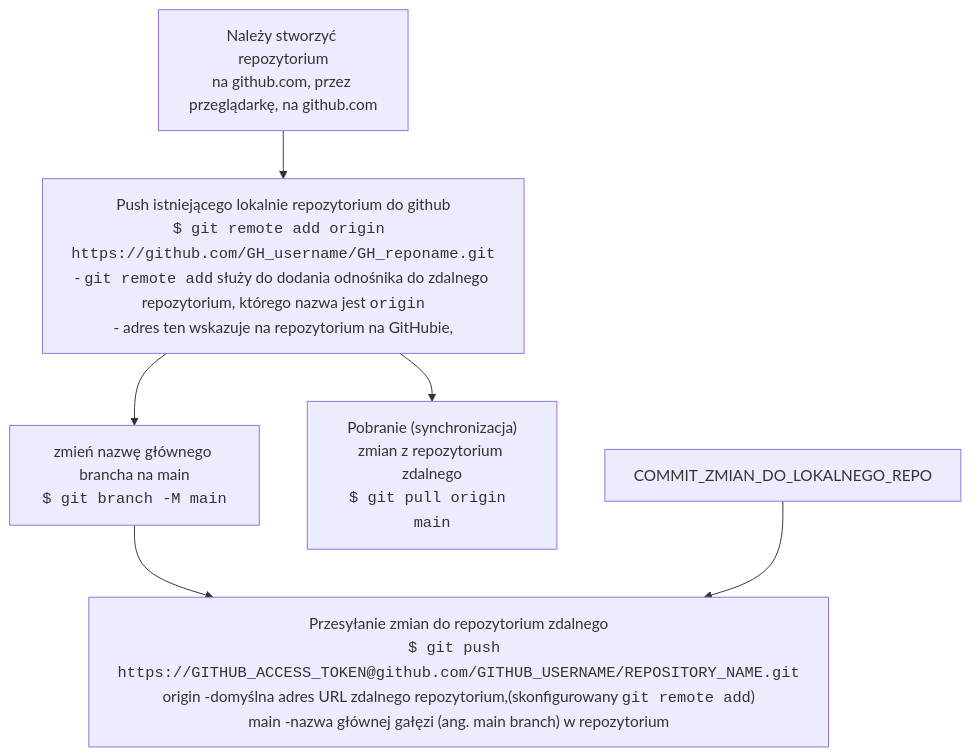
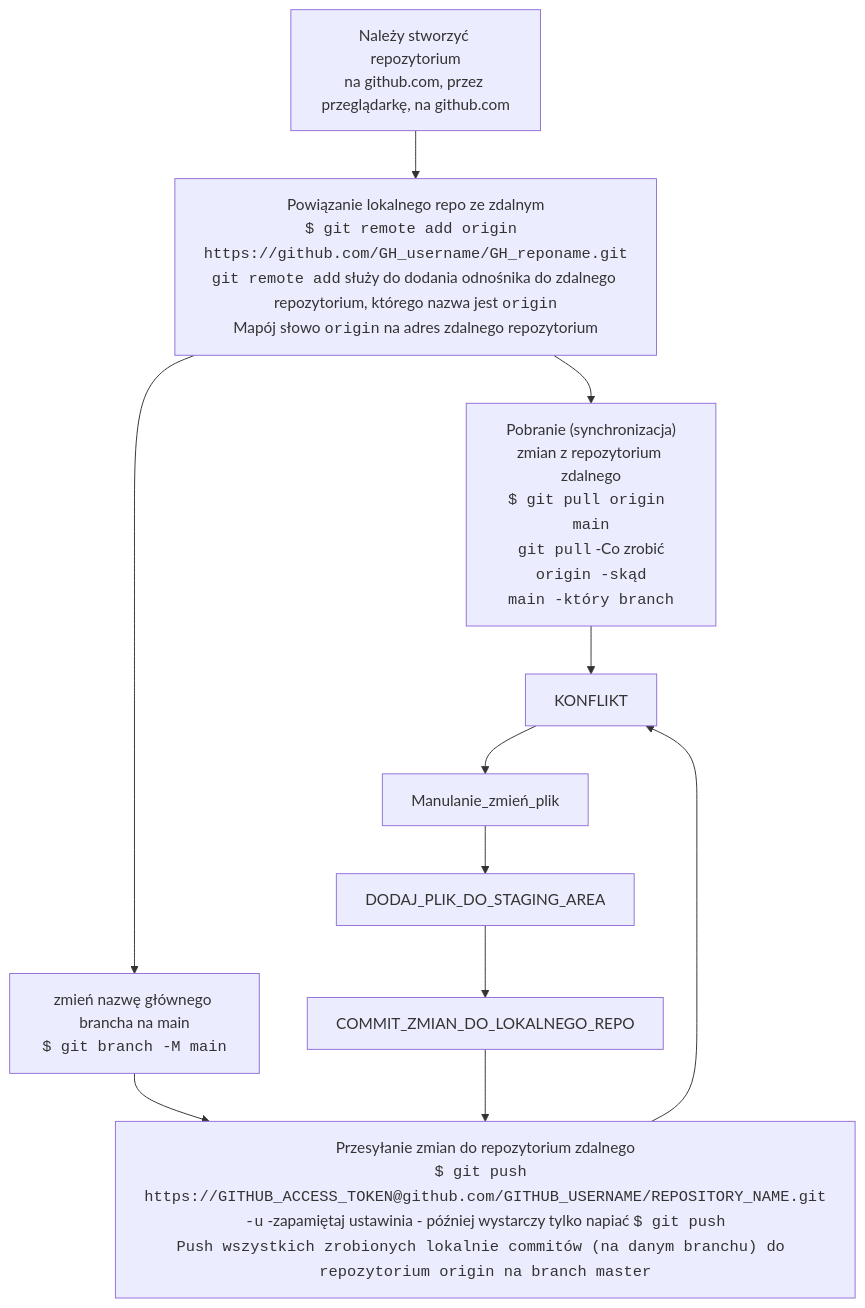
Before and after one commit to dankuc237/notatki: the second of 3 diagrams in git-graph.md, drawn with Mermaid. The commit also changed other lines of this file, not shown here.

Commit message:
kolejny commit

````diff
--- a/git-graph.md
+++ b/git-graph.md
@@ -36,15 +39,22 @@
 ```mermaid
 graph TB
         STWORZ_REPO_NA_GH["Należy stworzyć repozytorium<br>na github.com, przez przeglądarkę, na github.com"]
-        POWIAZ_LOKALNE_I_ZDALNE_REPO["Push istniejącego lokalnie repozytorium do github<br><code>$ git remote add origin https://github.com/GH_username/GH_reponame.git</code><br>- <code>git remote add</code> służy do dodania odnośnika do zdalnego repozytorium, którego nazwa jest <code>origin</code><br>- adres ten wskazuje na repozytorium na GitHubie,"]
-        PUSH_DO_GITHUB["Przesyłanie zmian do repozytorium zdalnego<br><code>$ git push https://GITHUB_ACCESS_TOKEN@github.com/GITHUB_USERNAME/REPOSITORY_NAME.git</code><br>origin -domyślna adres URL zdalnego repozytorium,(skonfigurowany <code>git remote add</code>)<br>main -nazwa głównej gałęzi (ang. main branch) w repozytorium"]
+        POWIAZ_LOKALNE_I_ZDALNE_REPO["Powiązanie lokalnego repo ze zdalnym<br><code>$ git remote add origin https://github.com/GH_username/GH_reponame.git</code><br><code>git remote add</code> służy do dodania odnośnika do zdalnego repozytorium, którego nazwa jest <code>origin</code><br>Mapój słowo <code>origin</code> na adres zdalnego repozytorium"]
+        PUSH_DO_GITHUB["Przesyłanie zmian do repozytorium zdalnego<br><code>$ git push https://GITHUB_ACCESS_TOKEN@github.com/GITHUB_USERNAME/REPOSITORY_NAME.git</code><br><code>-u</code> -zapamiętaj ustawinia - później wystarczy tylko napiać <code>$ git push<code><br>Push wszystkich zrobionych lokalnie commitów (na danym branchu) do repozytorium origin na branch master"]
         ZMIEN_NAZWE_BRANCH_NA_MAIN["zmień nazwę głównego brancha na main<br><code>$ git branch -M main</code>"]
-        UPDATE_LOKALNEGO_REPO_Z_GH["Pobranie (synchronizacja)<br>zmian z repozytorium zdalnego<br><code>$ git pull origin main</code>"]
+        UPDATE_LOKALNEGO_REPO_Z_GH["Pobranie (synchronizacja)<br>zmian z repozytorium zdalnego<br><code>$ git pull origin main</code><br><code>git pull</code> -Co zrobić<br><code>origin<code> -skąd<br><code>main</code> -który branch"]
+        KONFLIKT
 
         POWIAZ_LOKALNE_I_ZDALNE_REPO --> UPDATE_LOKALNEGO_REPO_Z_GH
         POWIAZ_LOKALNE_I_ZDALNE_REPO --> ZMIEN_NAZWE_BRANCH_NA_MAIN
         ZMIEN_NAZWE_BRANCH_NA_MAIN --> PUSH_DO_GITHUB
         STWORZ_REPO_NA_GH --> POWIAZ_LOKALNE_I_ZDALNE_REPO
+        COMMIT_ZMIAN_DO_LOKALNEGO_REPO --> PUSH_DO_GITHUB
+        PUSH_DO_GITHUB --> KONFLIKT
+        UPDATE_LOKALNEGO_REPO_Z_GH --> KONFLIKT
+        KONFLIKT--> Manulanie_zmień_plik
+        DODAJ_PLIK_DO_STAGING_AREA --> COMMIT_ZMIAN_DO_LOKALNEGO_REPO
+        Manulanie_zmień_plik --> DODAJ_PLIK_DO_STAGING_AREA
 
-        COMMIT_ZMIAN_DO_LOKALNEGO_REPO --> PUSH_DO_GITHUB
+
 ```
````
